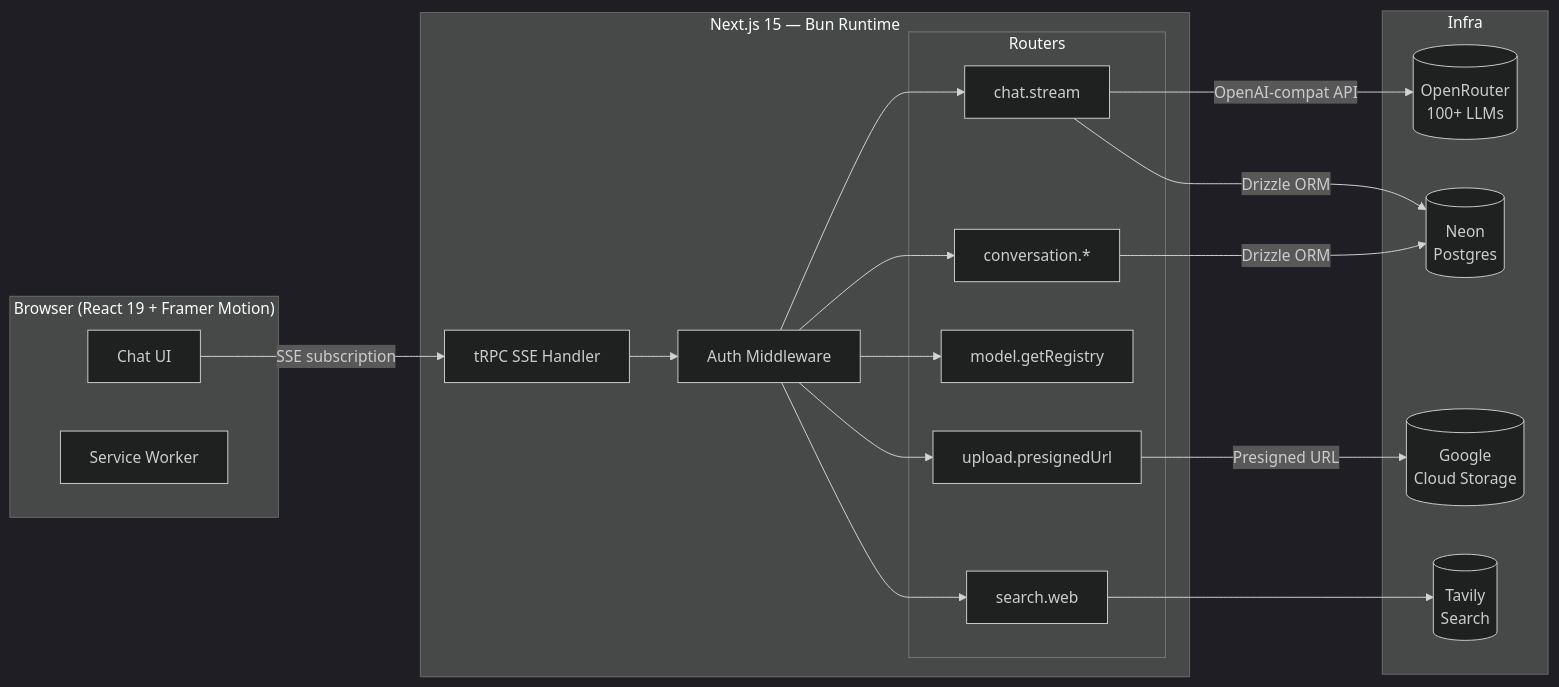
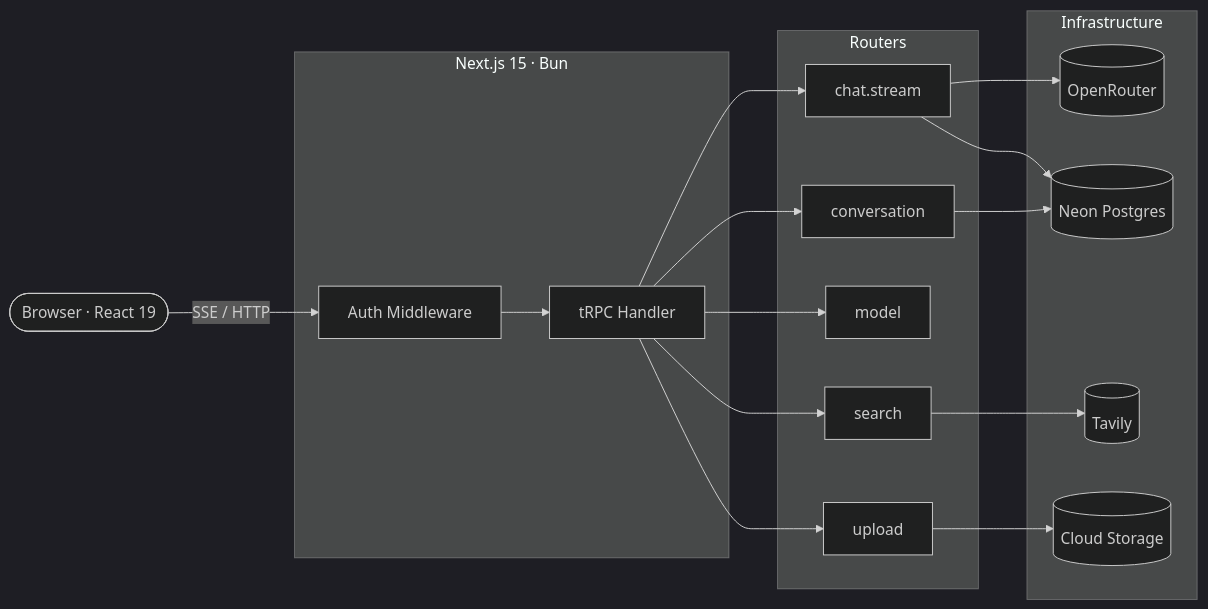
One commit to HishamBS/farasa changed the diagram in README.md. Above: the diagram before and after it, drawn with Mermaid (dark theme). The commit also changed other lines of this file, not shown here.

First line of the commit message:
docs(readme): fix Bun version, Mermaid diagram, tone overhaul, add Why Farasa section

````diff
--- a/README.md
+++ b/README.md
@@ -41,33 +57,37 @@
 ```mermaid
-graph LR
-  subgraph Client ["Browser (React 19 + Framer Motion)"]
-    UI[Chat UI]
-    SW[Service Worker]
-  end
+flowchart LR
+    Browser(["Browser · React 19"])
 
-  subgraph Server ["Next.js 15 — Bun Runtime"]
-    MW[Auth Middleware]
-    TR[tRPC SSE Handler]
-    subgraph Routers
-      C[chat.stream]
-      CV[conversation.*]
-      M[model.getRegistry]
-      S[search.web]
-      U[upload.presignedUrl]
+    subgraph next ["Next.js 15 · Bun"]
+        MW[Auth Middleware]
+        tRPC[tRPC Handler]
     end
-  end
 
-  subgraph Infra
-    OR[(OpenRouter\n100+ LLMs)]
-    PG[(Neon\nPostgres)]
-    GCS[(Google\nCloud Storage)]
-    TV[(Tavily\nSearch)]
-  end
+    subgraph routers [Routers]
+        chat[chat.stream]
+        conv[conversation]
+        model[model]
+        srch[search]
+        upl[upload]
+    end
 
-  UI -->|SSE subscription| TR
-  TR --> MW --> C & CV & M & S & U
-  C -->|OpenAI-compat API| OR
-  C & CV -->|Drizzle ORM| PG
-  S --> TV
-  U -->|Presigned URL| GCS
+    subgraph infra [Infrastructure]
+        OR[(OpenRouter)]
+        PG[(Neon Postgres)]
+        TV[(Tavily)]
+        GCS[(Cloud Storage)]
+    end
+
+    Browser -->|SSE / HTTP| MW
+    MW --> tRPC
+    tRPC --> chat
+    tRPC --> conv
+    tRPC --> model
+    tRPC --> srch
+    tRPC --> upl
+    chat --> OR
+    chat --> PG
+    conv --> PG
+    srch --> TV
+    upl --> GCS
 ```
````
